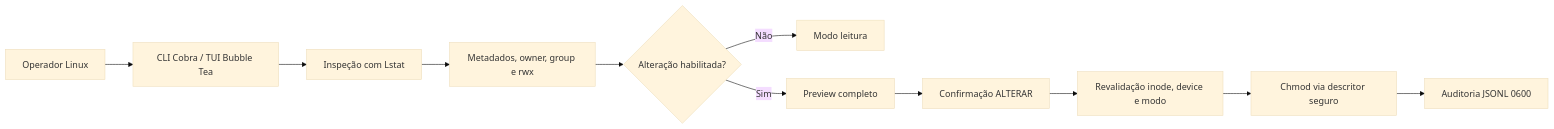
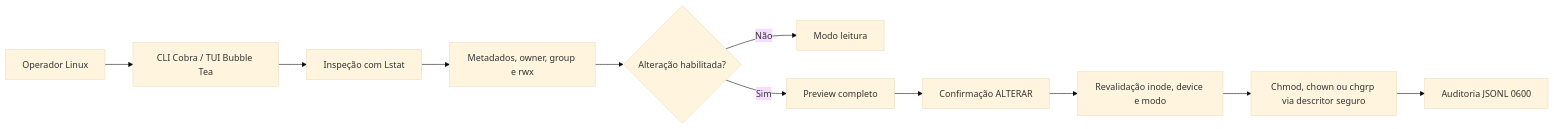
Before and after one commit to gustavoohrodrigues/Permguard: the first of 2 diagrams in README.md, drawn with Mermaid (base theme). The commit also changed other lines of this file and 18 other files, not shown here.

````diff
--- a/README.md
+++ b/README.md
@@ -23,13 +23,13 @@
 ```mermaid
 flowchart LR
     A[Operador Linux] --> B[CLI Cobra / TUI Bubble Tea]
     B --> C[Inspeção com Lstat]
     C --> D[Metadados, owner, group e rwx]
     D --> E{Alteração habilitada?}
     E -- Não --> F[Modo leitura]
     E -- Sim --> G[Preview completo]
     G --> H[Confirmação ALTERAR]
     H --> I[Revalidação inode, device e modo]
-    I --> J[Chmod via descritor seguro]
+    I --> J[Chmod, chown ou chgrp via descritor seguro]
     J --> K[Auditoria JSONL 0600]
 ```
````
